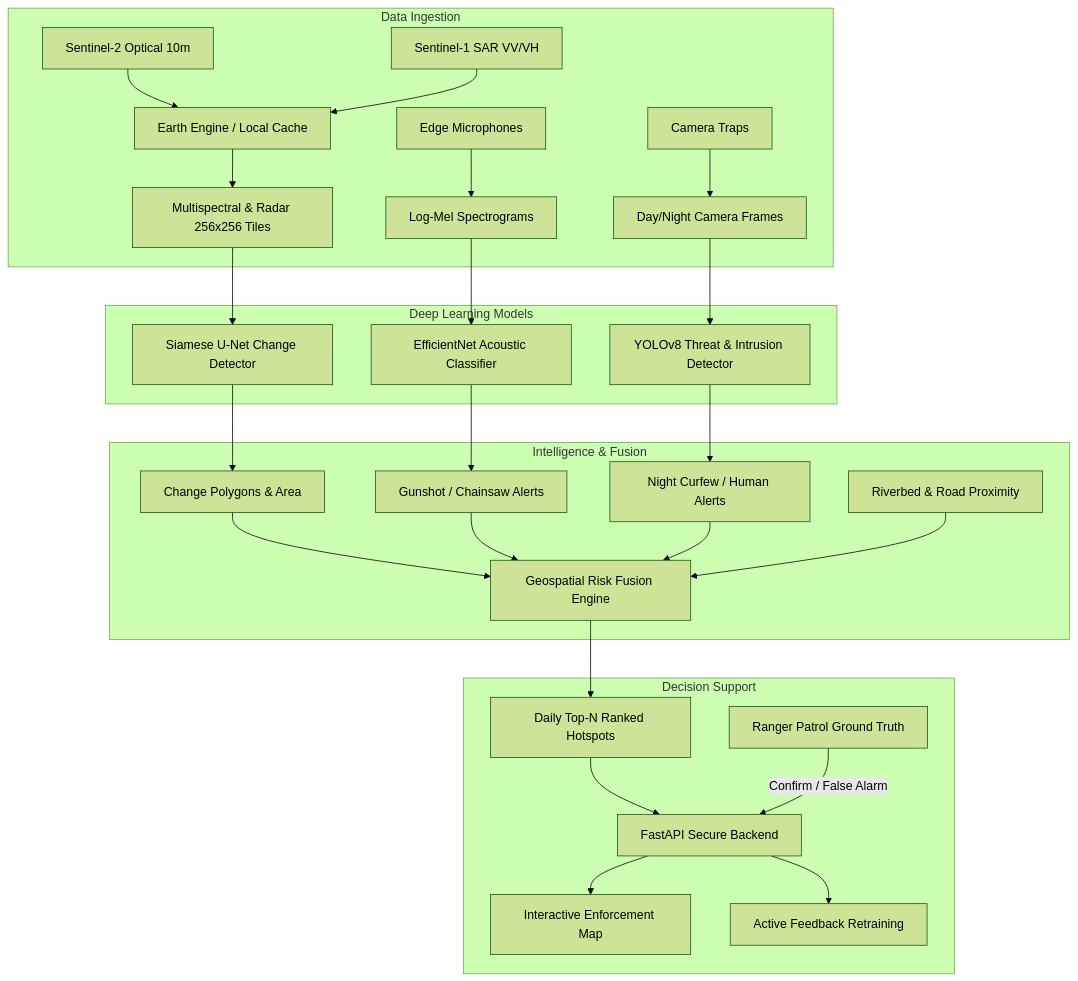
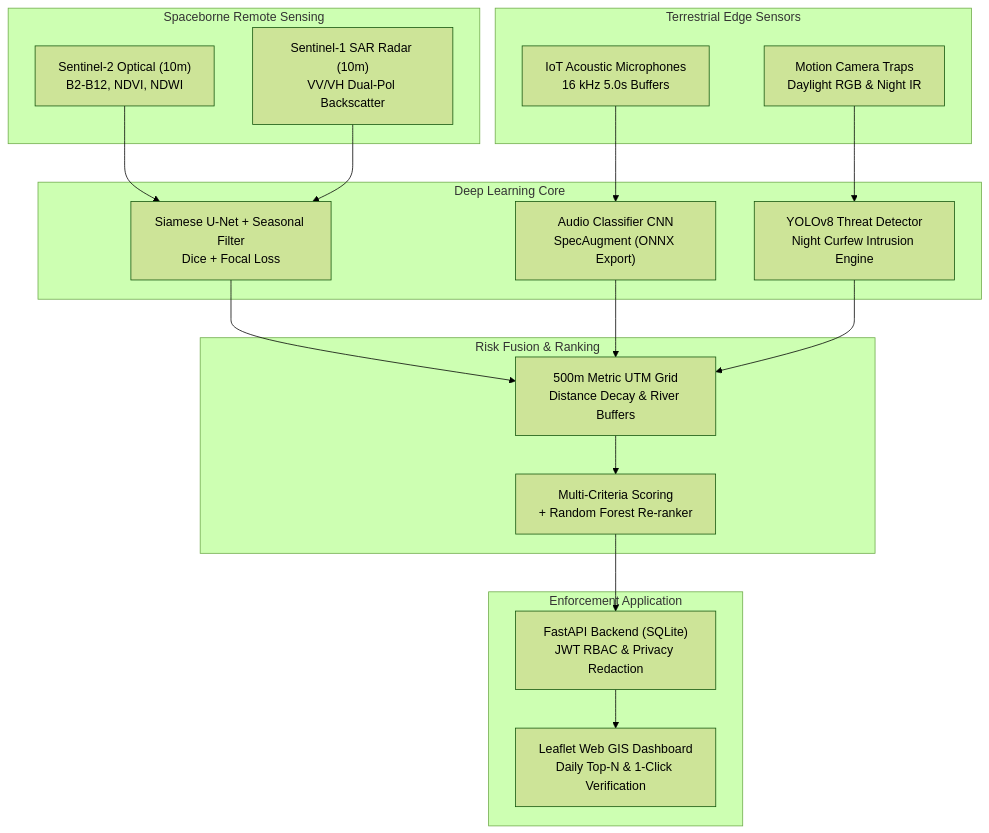
Before and after one commit to Rajath-nayakk/Bhuvirakshan: the diagram in README.md, drawn with Mermaid (forest theme). The commit also changed other lines of this file and 4 other files, not shown here.

````diff
--- a/README.md
+++ b/README.md
@@ -13,34 +14,41 @@
 ```mermaid
-graph TD
-    subgraph Data Ingestion
-        S2[Sentinel-2 Optical 10m] --> EE[Earth Engine / Local Cache]
-        S1[Sentinel-1 SAR VV/VH] --> EE
-        EE --> Stacks[Multispectral & Radar 256x256 Tiles]
-        Audio[Edge Microphones] --> Mel[Log-Mel Spectrograms]
-        Camera[Camera Traps] --> Frames[Day/Night Camera Frames]
+flowchart TD
+    subgraph Spaceborne["Spaceborne Remote Sensing"]
+        S2["Sentinel-2 Optical (10m)<br/>B2-B12, NDVI, NDWI"]
+        S1["Sentinel-1 SAR Radar (10m)<br/>VV/VH Dual-Pol Backscatter"]
     end
 
-    subgraph Deep Learning Models
-        Stacks --> SiameseUNet[Siamese U-Net Change Detector]
-        Mel --> AudioCNN[EfficientNet Acoustic Classifier]
-        Frames --> YOLO[YOLOv8 Threat & Intrusion Detector]
+    subgraph Terrestrial["Terrestrial Edge Sensors"]
+        Audio["IoT Acoustic Microphones<br/>16 kHz 5.0s Buffers"]
+        Camera["Motion Camera Traps<br/>Daylight RGB & Night IR"]
     end
 
-    subgraph Intelligence & Fusion
-        SiameseUNet --> Vectorize[Change Polygons & Area]
-        AudioCNN --> AudioEvents[Gunshot / Chainsaw Alerts]
-        YOLO --> IntrusionEvents[Night Curfew / Human Alerts]
-        Vectorize --> RiskFusion[Geospatial Risk Fusion Engine]
-        AudioEvents --> RiskFusion
-        IntrusionEvents --> RiskFusion
-        GeoFeats[Riverbed & Road Proximity] --> RiskFusion
+    subgraph ML["Deep Learning Core"]
+        Siamese["Siamese U-Net + Seasonal Filter<br/>Dice + Focal Loss"]
+        AudioCNN["Audio Classifier CNN<br/>SpecAugment (ONNX Export)"]
+        YOLO["YOLOv8 Threat Detector<br/>Night Curfew Intrusion Engine"]
     end
 
-    subgraph Decision Support
-        RiskFusion --> DailyRank[Daily Top-N Ranked Hotspots]
-        DailyRank --> API[FastAPI Secure Backend]
-        API --> Dashboard[Interactive Enforcement Map]
-        Ranger[Ranger Patrol Ground Truth] -->|Confirm / False Alarm| API
-        API --> ActiveLearning[Active Feedback Retraining]
+    subgraph RiskCore["Risk Fusion & Ranking"]
+        Grid["500m Metric UTM Grid<br/>Distance Decay & River Buffers"]
+        Ranker["Multi-Criteria Scoring<br/>+ Random Forest Re-ranker"]
     end
+
+    subgraph Enforcement["Enforcement Application"]
+        API["FastAPI Backend (SQLite)<br/>JWT RBAC & Privacy Redaction"]
+        UI["Leaflet Web GIS Dashboard<br/>Daily Top-N & 1-Click Verification"]
+    end
+
+    S2 --> Siamese
+    S1 --> Siamese
+    Audio --> AudioCNN
+    Camera --> YOLO
+
+    Siamese --> Grid
+    AudioCNN --> Grid
+    YOLO --> Grid
+
+    Grid --> Ranker
+    Ranker --> API
+    API --> UI
 ```
````
